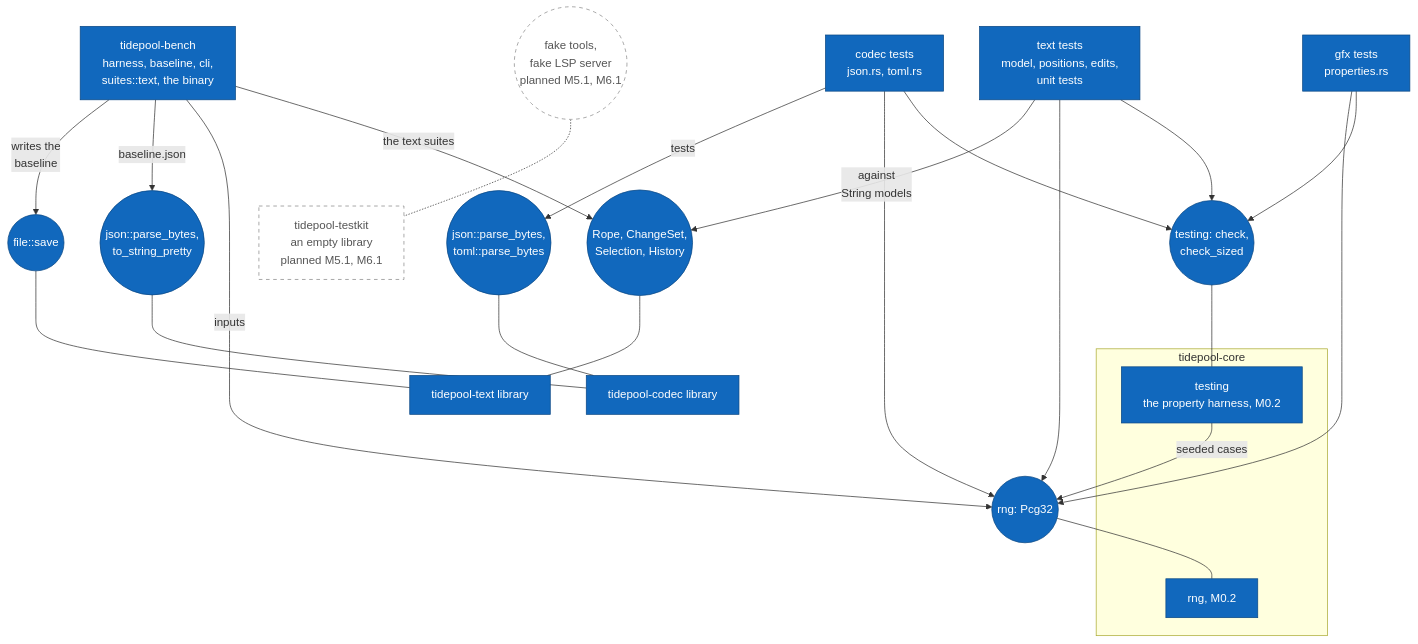
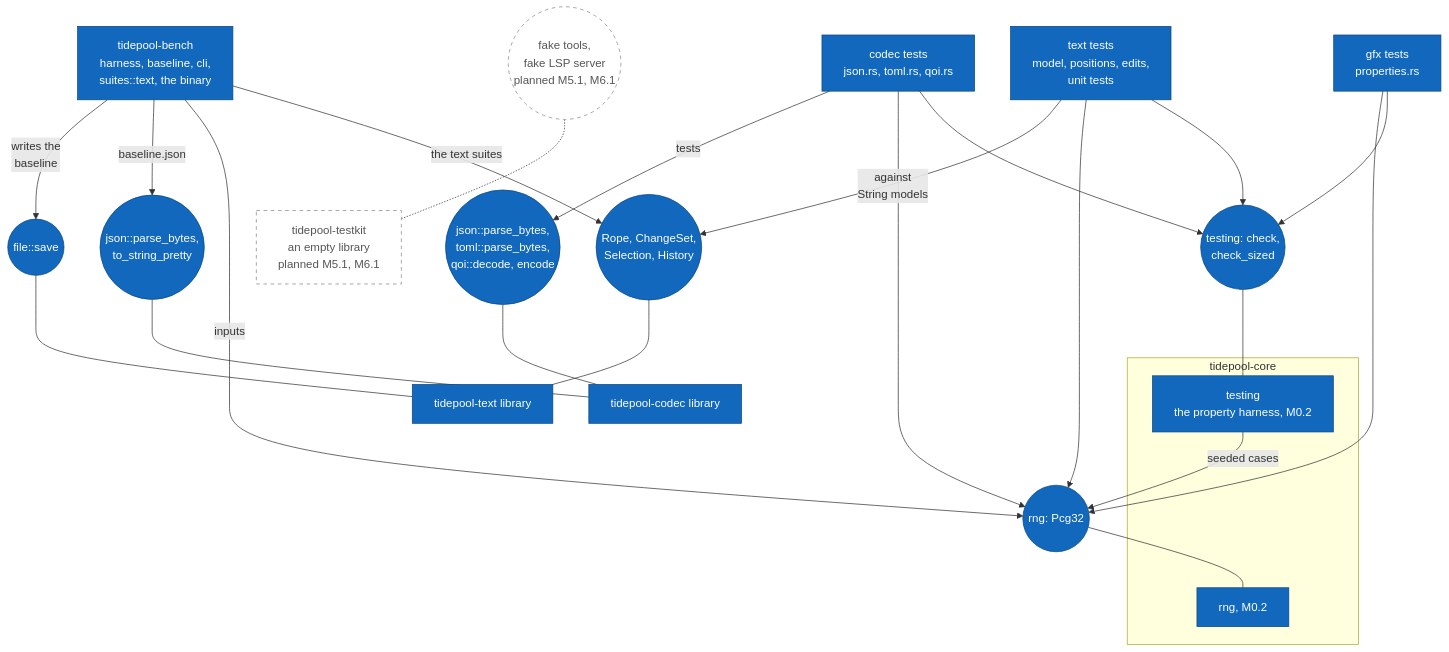
One commit to jabbott-iii/Tidepool changed diagram 21 of 21 in diagrams/component-diagrams.md. Above: the diagram before and after it, drawn with Mermaid. The commit also changed other lines of this file and 67 other files, not shown here.

First line of the commit message:
codec, gfx, xtask: QOI, the golden harness and gfx goldens (M2.4)

````diff
--- a/diagrams/component-diagrams.md
+++ b/diagrams/component-diagrams.md
@@ -1179,52 +1211,52 @@
 ```mermaid
 flowchart TB
-    c_ctests["codec tests<br/>json.rs, toml.rs"]
+    c_ctests["codec tests<br/>json.rs, toml.rs, qoi.rs"]
     c_ttests["text tests<br/>model, positions, edits,<br/>unit tests"]
     c_gtests["gfx tests<br/>properties.rs"]
     c_bench["tidepool-bench<br/>harness, baseline, cli,<br/>suites::text, the binary"]
 
     i_check(("testing: check,<br/>check_sized"))
     i_pcg(("rng: Pcg32"))
-    i_cparse(("json::parse_bytes,<br/>toml::parse_bytes"))
+    i_cparse(("json::parse_bytes,<br/>toml::parse_bytes,<br/>qoi::decode, encode"))
     i_tall(("Rope, ChangeSet,<br/>Selection, History"))
     i_bjson(("json::parse_bytes,<br/>to_string_pretty"))
     i_save(("file::save"))
 
     subgraph sg_core["tidepool-core"]
         c_testing["testing<br/>the property harness, M0.2"]
         c_rng["rng, M0.2"]
     end
     c_codec["tidepool-codec library"]
     c_text["tidepool-text library"]
 
     c_testkit["tidepool-testkit<br/>an empty library<br/>planned M5.1, M6.1"]
     i_fakes(("fake tools,<br/>fake LSP server<br/>planned M5.1, M6.1"))
 
     c_ctests --> i_check
     c_ctests --> i_pcg
     c_ctests -->|"tests"| i_cparse
     c_ttests --> i_check
     c_ttests --> i_pcg
     c_ttests -->|"against<br/>String models"| i_tall
     c_gtests --> i_check
     c_gtests --> i_pcg
     c_bench -->|"the text suites"| i_tall
     c_bench -->|"inputs"| i_pcg
     c_bench -->|"baseline.json"| i_bjson
     c_bench -->|"writes the<br/>baseline"| i_save
 
     i_check --- c_testing
     c_testing -->|"seeded cases"| i_pcg
     i_pcg --- c_rng
     i_cparse --- c_codec
     i_bjson --- c_codec
     i_tall --- c_text
     i_save --- c_text
     i_fakes -.- c_testkit
 
     classDef built fill:#1168bd,stroke:#0b4884,color:#ffffff
     classDef planned fill:#ffffff,stroke:#888888,stroke-dasharray: 5 5,color:#555555
     class c_ctests,c_ttests,c_gtests,c_bench,c_testing,c_rng,c_codec,c_text built
     class i_check,i_pcg,i_cparse,i_tall,i_bjson,i_save built
     class c_testkit,i_fakes planned
 ```
````
